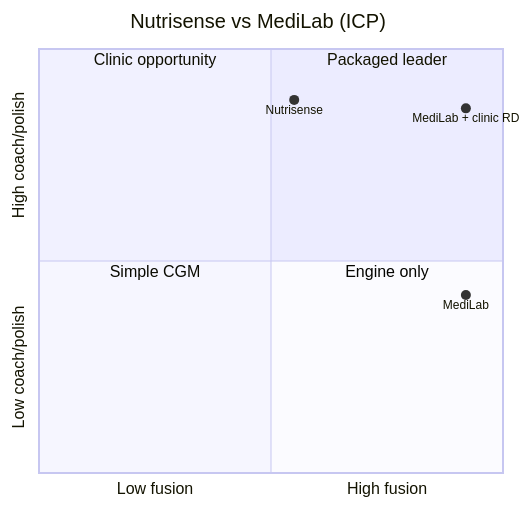
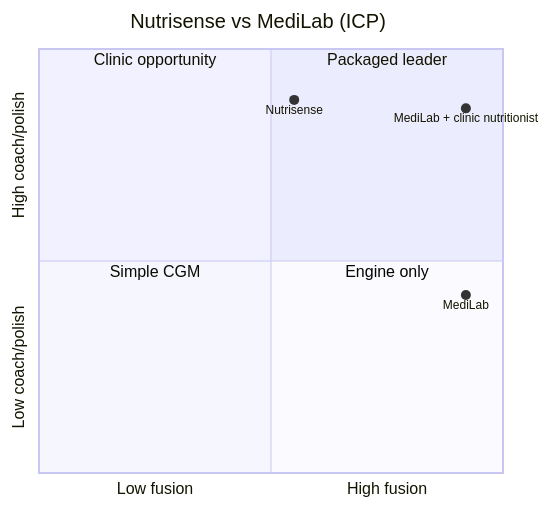
Before and after one commit to ravivshweidgit/healthings-medilab: the diagram in investor-pov/Nutricence-medilab.md, drawn with Mermaid. The commit also changed other lines of this file and 9 other files, not shown here.

````diff
--- a/investor-pov/Nutricence-medilab.md
+++ b/investor-pov/Nutricence-medilab.md
@@ -58,13 +58,13 @@
 ```mermaid
 quadrantChart
     title Nutrisense vs MediLab (ICP)
     x-axis Low fusion --> High fusion
     y-axis Low coach/polish --> High coach/polish
     quadrant-1 Packaged leader
     quadrant-2 Clinic opportunity
     quadrant-3 Simple CGM
     quadrant-4 Engine only
     Nutrisense: [0.55, 0.88]
     MediLab: [0.92, 0.42]
-    MediLab + clinic RD: [0.92, 0.86]
+    MediLab + clinic nutritionist: [0.92, 0.86]
 ```
````
